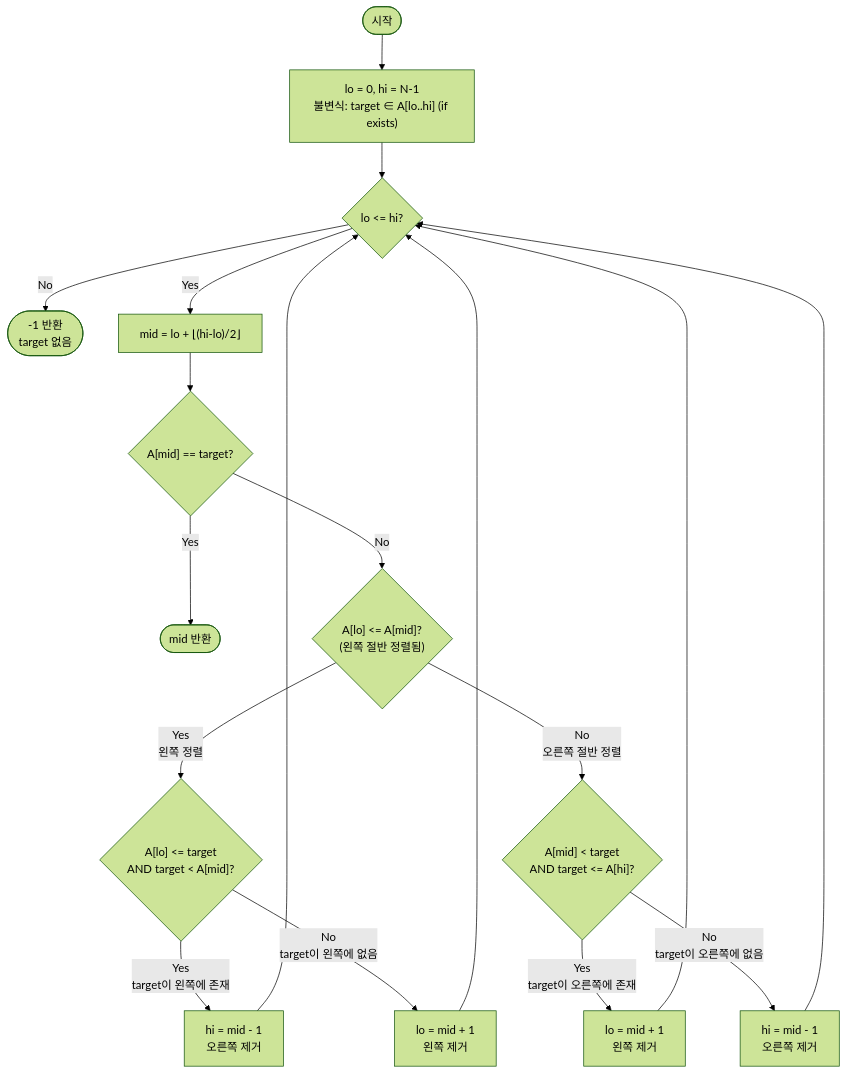
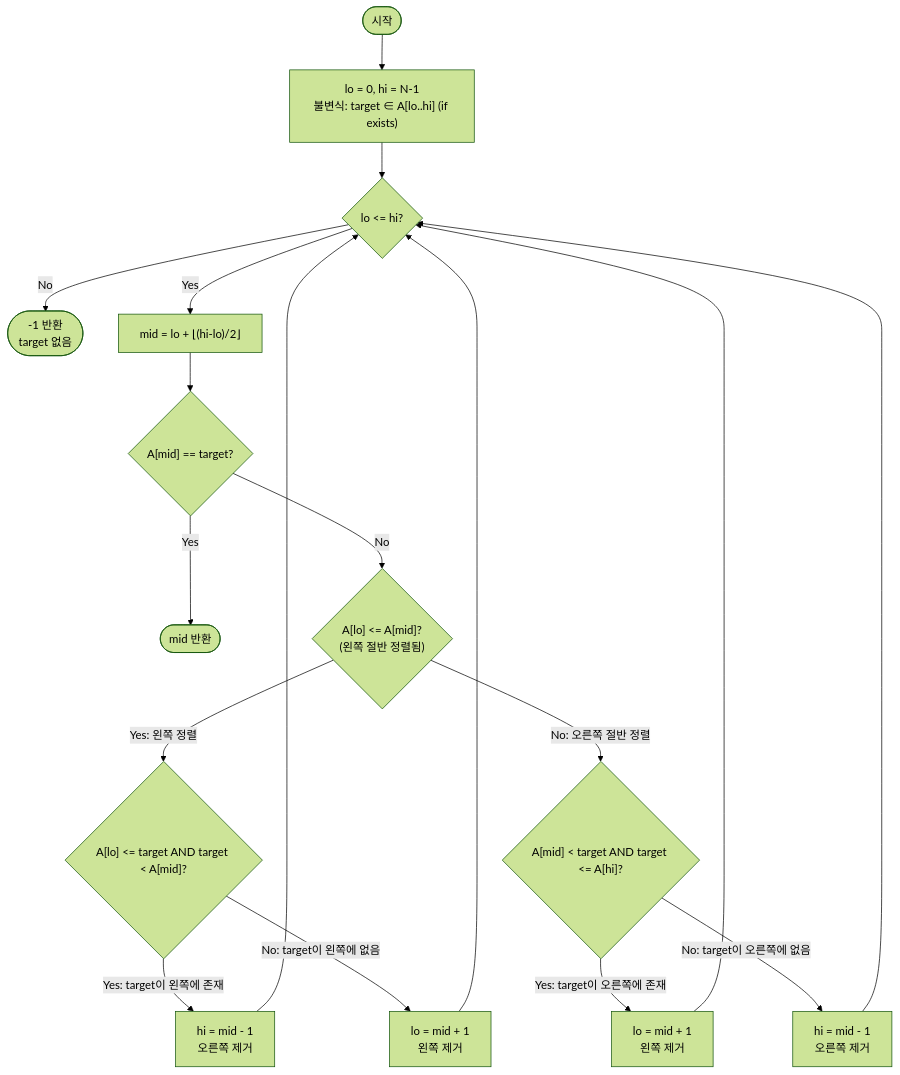
One commit to centurio1987/grow-up-programming changed the diagram in src/algorithms/binary-search/searchInRotatedSortedArray/searchInRotatedSortedArray-guide.mdx. Above: the diagram before and after it, drawn with Mermaid (forest theme). The commit also changed other lines of this file and 7 other files, not shown here.

````diff
--- a/src/algorithms/binary-search/searchInRotatedSortedArray/searchInRotatedSortedArray-guide.mdx
+++ b/src/algorithms/binary-search/searchInRotatedSortedArray/searchInRotatedSortedArray-guide.mdx
@@ -256,23 +310,23 @@
 ```mermaid
 flowchart TD
-    A([시작]) --> B["lo = 0, hi = N-1\n불변식: target ∈ A[lo..hi] (if exists)"]
+    A([시작]) --> B["lo = 0, hi = N-1<br/>불변식: target ∈ A[lo..hi] (if exists)"]
     B --> C{lo <= hi?}
-    C -- No --> Z([-1 반환\ntarget 없음])
+    C -- No --> Z(["-1 반환<br/>target 없음"])
     C -- Yes --> D["mid = lo + ⌊(hi-lo)/2⌋"]
     D --> E{"A[mid] == target?"}
-    E -- Yes --> F([mid 반환])
-    E -- No --> G{"A[lo] <= A[mid]?\n(왼쪽 절반 정렬됨)"}
+    E -- Yes --> F(["mid 반환"])
+    E -- No --> G{"A[lo] <= A[mid]?<br/>(왼쪽 절반 정렬됨)"}
 
-    G -- "Yes\n왼쪽 정렬" --> H{"A[lo] <= target\nAND target < A[mid]?"}
-    H -- "Yes\ntarget이 왼쪽에 존재" --> I["hi = mid - 1\n오른쪽 제거"]
-    H -- "No\ntarget이 왼쪽에 없음" --> J["lo = mid + 1\n왼쪽 제거"]
+    G -- "Yes: 왼쪽 정렬" --> H{"A[lo] <= target AND target < A[mid]?"}
+    H -- "Yes: target이 왼쪽에 존재" --> I["hi = mid - 1<br/>오른쪽 제거"]
+    H -- "No: target이 왼쪽에 없음" --> J["lo = mid + 1<br/>왼쪽 제거"]
 
-    G -- "No\n오른쪽 절반 정렬" --> K{"A[mid] < target\nAND target <= A[hi]?"}
-    K -- "Yes\ntarget이 오른쪽에 존재" --> L["lo = mid + 1\n왼쪽 제거"]
-    K -- "No\ntarget이 오른쪽에 없음" --> M["hi = mid - 1\n오른쪽 제거"]
+    G -- "No: 오른쪽 절반 정렬" --> K{"A[mid] < target AND target <= A[hi]?"}
+    K -- "Yes: target이 오른쪽에 존재" --> L["lo = mid + 1<br/>왼쪽 제거"]
+    K -- "No: target이 오른쪽에 없음" --> M["hi = mid - 1<br/>오른쪽 제거"]
 
     I --> C
     J --> C
     L --> C
     M --> C
 ```
````
